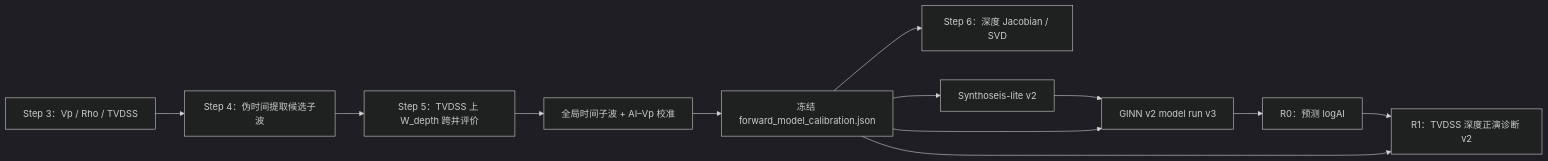
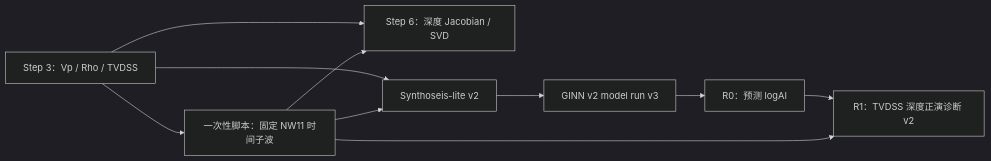
One commit to oimero/inversion_workflow changed the diagram in docs/spec/DEPTH_DOMAIN_FORWARD_REFACTOR.md. Above: the diagram before and after it, drawn with Mermaid (dark theme). The commit also changed other lines of this file and 6 other files, not shown here.

````diff
--- a/docs/spec/DEPTH_DOMAIN_FORWARD_REFACTOR.md
+++ b/docs/spec/DEPTH_DOMAIN_FORWARD_REFACTOR.md
@@ -386,14 +385,12 @@
 ```mermaid
 flowchart LR
-    A["Step 3：Vp / Rho / TVDSS"] --> B["Step 4：伪时间提取候选子波"]
-    B --> C["Step 5：TVDSS 上 W_depth 跨井评价"]
-    C --> D["全局时间子波 + AI–Vp 校准"]
-    D --> E["冻结 forward_model_calibration.json"]
-    E --> F["Step 6：深度 Jacobian / SVD"]
-    E --> G["Synthoseis-lite v2"]
+    A["Step 3：Vp / Rho / TVDSS"] --> B["一次性脚本：固定 NW11 时间子波"]
+    A --> F["Step 6：深度 Jacobian / SVD"]
+    B --> F
+    A --> G["Synthoseis-lite v2"]
+    B --> G
     G --> H["GINN v2 model run v3"]
-    E --> H
     H --> I["R0：预测 logAI"]
     I --> J["R1：TVDSS 深度正演诊断 v2"]
-    E --> J
+    B --> J
 ```
````
